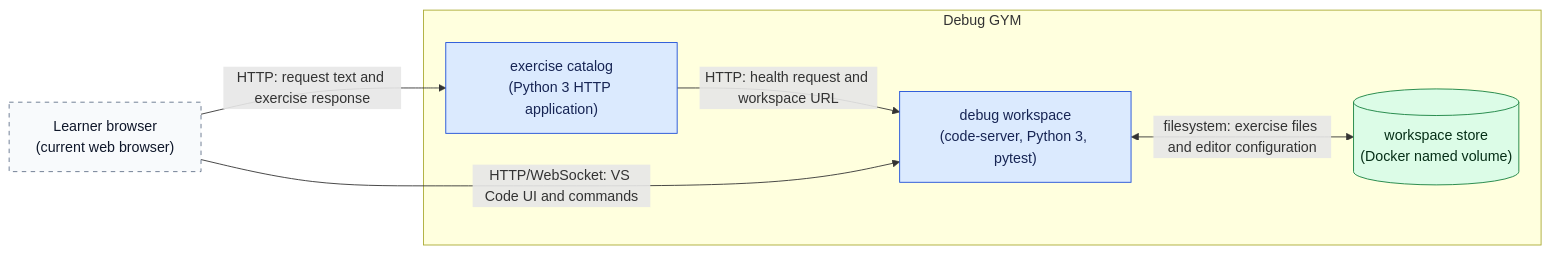
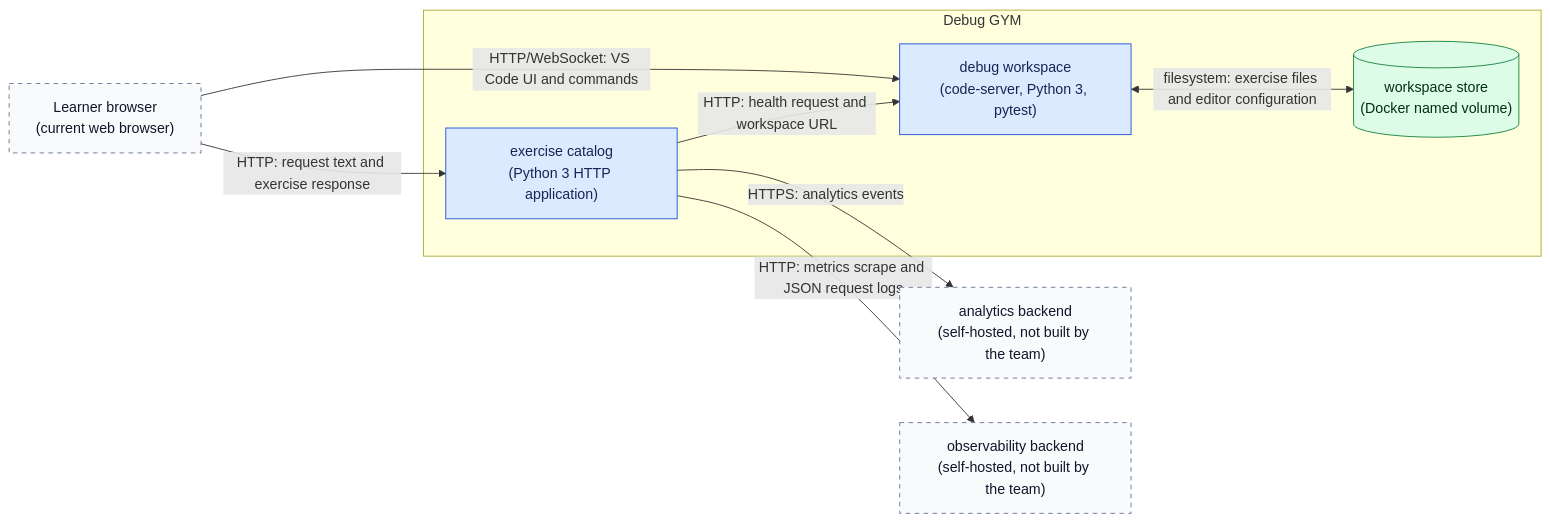
One commit to team-ok-ITPD/team-OK-itpd changed the diagram in docs/architecture/container.mmd. Above: the diagram before and after it, drawn with Mermaid. The commit also changed 2 other files, not shown here.

```diff
--- a/docs/architecture/container.mmd
+++ b/docs/architecture/container.mmd
@@ -1,19 +1,24 @@
 flowchart LR
   browser["Learner browser<br/>(current web browser)"]
   subgraph product["Debug GYM"]
     catalog["exercise catalog<br/>(Python 3 HTTP application)"]
     workspace["debug workspace<br/>(code-server, Python 3, pytest)"]
     store[("workspace store<br/>(Docker named volume)")]
   end
 
+  analytics["analytics backend<br/>(self-hosted, not built by the team)"]
+  observability["observability backend<br/>(self-hosted, not built by the team)"]
+
   browser -->|"HTTP: request text and exercise response"| catalog
   catalog -->|"HTTP: health request and workspace URL"| workspace
   browser -->|"HTTP/WebSocket: VS Code UI and commands"| workspace
   workspace <-->|"filesystem: exercise files and editor configuration"| store
+  catalog -->|"HTTPS: analytics events"| analytics
+  catalog -->|"HTTP: metrics scrape and JSON request logs"| observability
 
   classDef application fill:#dbeafe,stroke:#1d4ed8,color:#172554
   classDef datastore fill:#dcfce7,stroke:#15803d,color:#052e16
   classDef external fill:#f8fafc,stroke:#64748b,stroke-dasharray:5 5,color:#0f172a
   class catalog,workspace application
   class store datastore
-  class browser external
+  class browser,analytics,observability external
```
